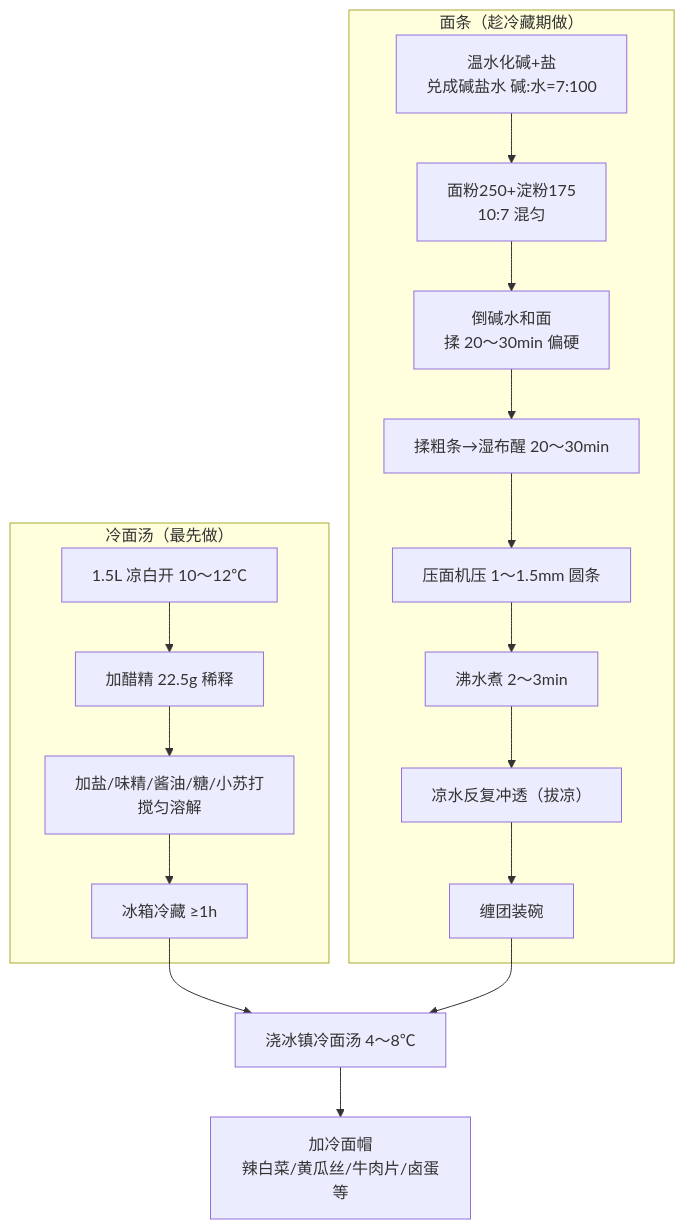
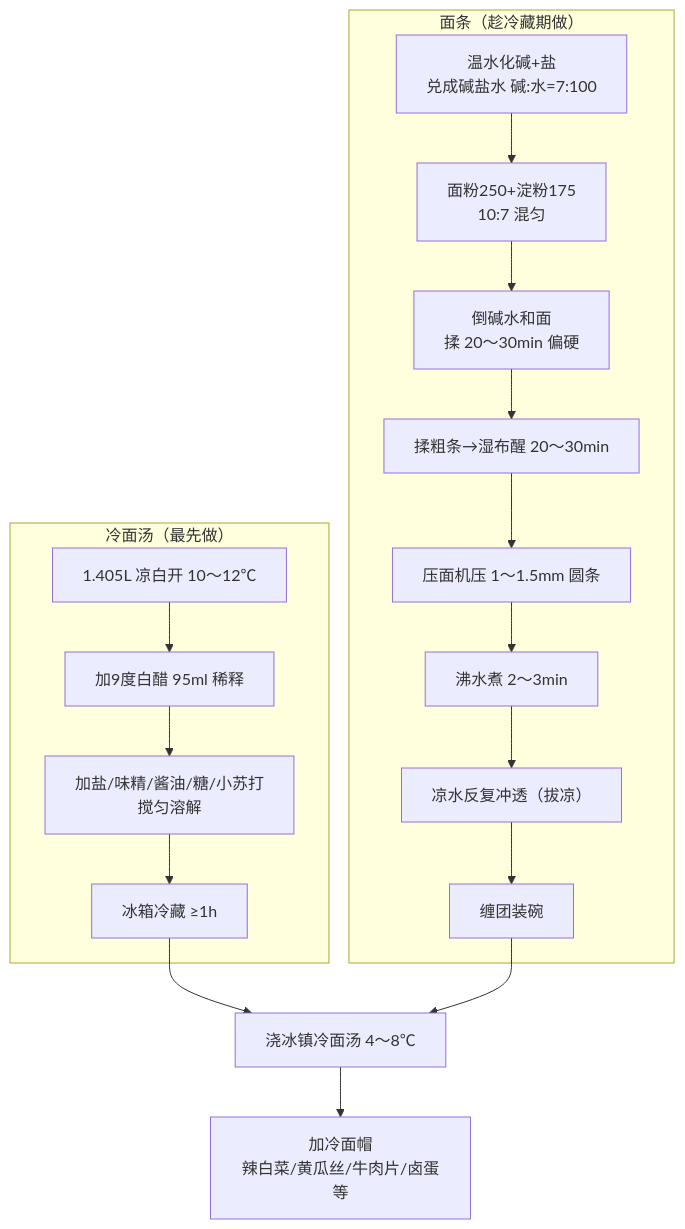
The second of 3 diagrams in 制作流程图_mermaid.md (djzoom/Jixi-Street-Food), drawn with Mermaid before and after one commit. The commit also changed 5 other files, not shown here.

````diff
--- a/制作流程图_mermaid.md
+++ b/制作流程图_mermaid.md
@@ -29,20 +29,20 @@
 ```mermaid
 flowchart TD
   subgraph TANG["冷面汤（最先做）"]
-    S1["1.5L 凉白开 10～12℃"] --> S2["加醋精 22.5g 稀释"]
+    S1["1.405L 凉白开 10～12℃"] --> S2["加9度白醋 95ml 稀释"]
     S2 --> S3["加盐/味精/酱油/糖/小苏打<br/>搅匀溶解"]
     S3 --> S4["冰箱冷藏 ≥1h"]
   end
   subgraph MIAN["面条（趁冷藏期做）"]
     N1["温水化碱+盐<br/>兑成碱盐水 碱:水=7:100"] --> N2["面粉250+淀粉175<br/>10:7 混匀"]
     N2 --> N3["倒碱水和面<br/>揉 20～30min 偏硬"]
     N3 --> N4["揉粗条→湿布醒 20～30min"]
     N4 --> N5["压面机压 1～1.5mm 圆条"]
     N5 --> N6["沸水煮 2～3min"]
     N6 --> N7["凉水反复冲透（拔凉）"]
     N7 --> N8["缠团装碗"]
   end
   S4 --> G["浇冰镇冷面汤 4～8℃"]
   N8 --> G
   G --> H["加冷面帽<br/>辣白菜/黄瓜丝/牛肉片/卤蛋等"]
 ```
````
